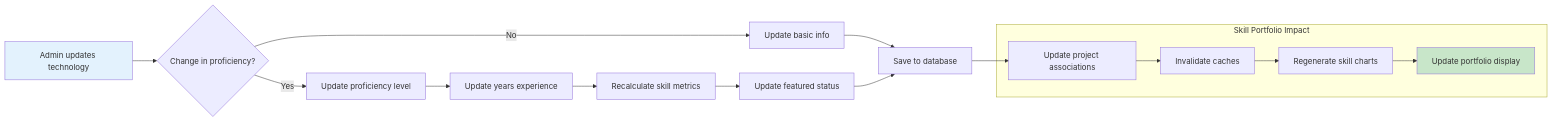
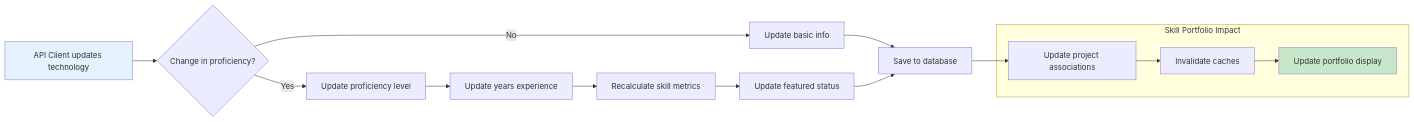
One commit to caseythecoder90/personal-website-backend changed the fifth of 9 diagrams in docs/api/API_FLOWS.md. Above: the diagram before and after it, drawn with Mermaid. The commit also changed other lines of this file and 22 other files, not shown here.

````diff
--- a/docs/api/API_FLOWS.md
+++ b/docs/api/API_FLOWS.md
@@ -228,27 +143,25 @@
 ```mermaid
 flowchart LR
-    A[Admin updates technology] --> B{Change in proficiency?}
+    A[API Client updates technology] --> B{Change in proficiency?}
     B -->|No| C[Update basic info]
     B -->|Yes| D[Update proficiency level]
-    
+
     C --> E[Save to database]
     D --> F[Update years experience]
     F --> G[Recalculate skill metrics]
     G --> H[Update featured status]
     H --> E
-    
+
     E --> I[Update project associations]
     I --> J[Invalidate caches]
-    J --> K[Regenerate skill charts]
-    K --> L[Update portfolio display]
-    
+    J --> K[Update portfolio display]
+
     subgraph "Skill Portfolio Impact"
         I
         J
         K
-        L
     end
-    
+
     style A fill:#e3f2fd
-    style L fill:#c8e6c9
+    style K fill:#c8e6c9
 ```
````
